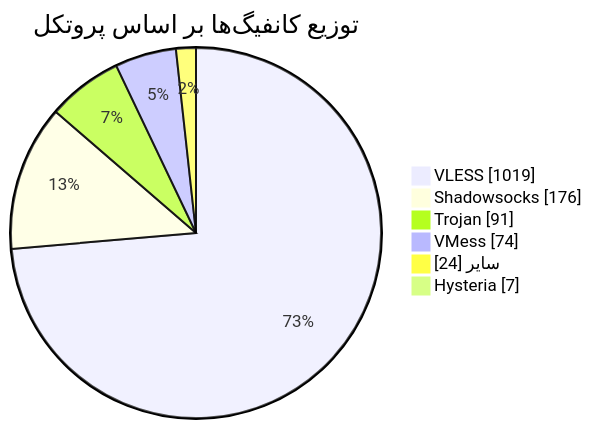
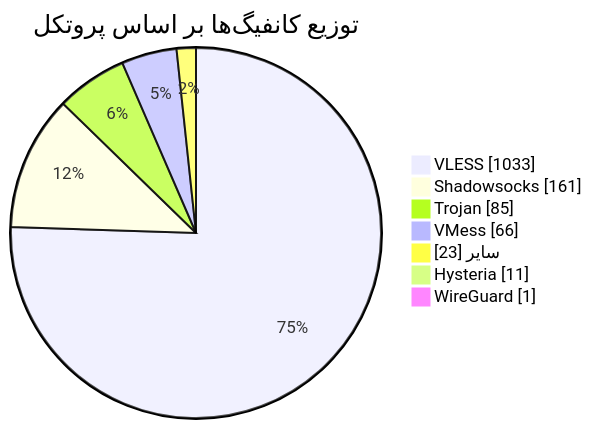
Before and after one commit to Arian-Alijani/Somthing: the diagram in README.md, drawn with Mermaid. The commit also changed other lines of this file and 99 other files, not shown here.

````diff
--- a/README.md
+++ b/README.md
@@ -50,10 +51,11 @@
 ```mermaid
 pie showData
     title توزیع کانفیگ‌ها بر اساس پروتکل
-    "VLESS" : 1019
-    "Shadowsocks" : 176
-    "Trojan" : 91
-    "VMess" : 74
-    "سایر" : 24
-    "Hysteria" : 7
+    "VLESS" : 1033
+    "Shadowsocks" : 161
+    "Trojan" : 85
+    "VMess" : 66
+    "سایر" : 23
+    "Hysteria" : 11
+    "WireGuard" : 1
 ```
````
